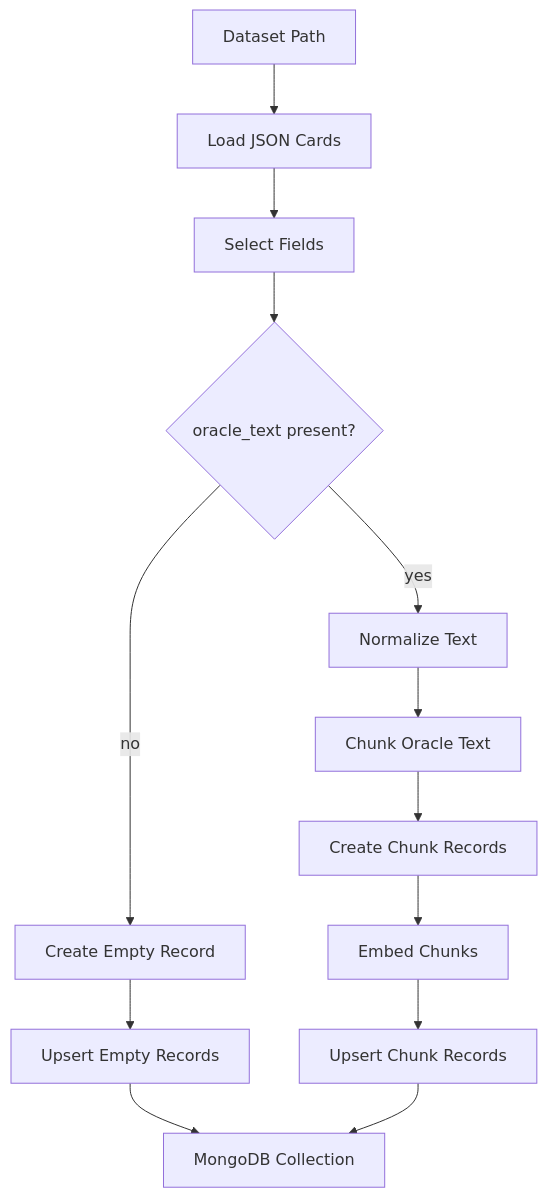
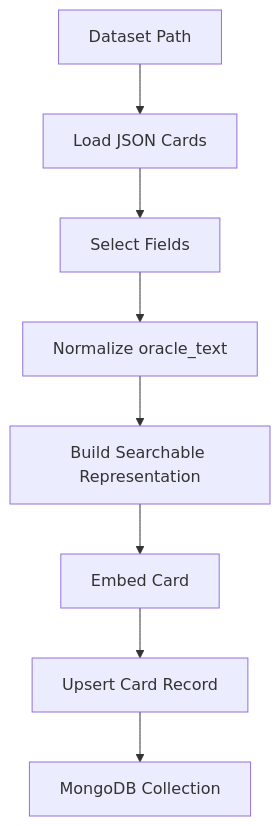
One commit to timrodz/card-oracle-backend changed the first of 2 diagrams in docs/embeddings.md. Above: the diagram before and after it, drawn with Mermaid. The commit also changed other lines of this file and 4 other files, not shown here.

````diff
--- a/docs/embeddings.md
+++ b/docs/embeddings.md
@@ -10,15 +10,10 @@
 ```mermaid
 flowchart TD
     A[Dataset Path] --> B[Load JSON Cards]
     B --> C[Select Fields]
-    C --> D{oracle_text present?}
-    D -- no --> E[Create Empty Record]
-    E --> F[Upsert Empty Records]
-    D -- yes --> G[Normalize Text]
-    G --> H[Chunk Oracle Text]
-    H --> I[Create Chunk Records]
-    I --> J[Embed Chunks]
-    J --> K[Upsert Chunk Records]
-    F --> L[MongoDB Collection]
-    K --> L[MongoDB Collection]
+    C --> D[Normalize oracle_text]
+    D --> E[Build Searchable Representation]
+    E --> F[Embed Card]
+    F --> G[Upsert Card Record]
+    G --> H[MongoDB Collection]
 ```
````
